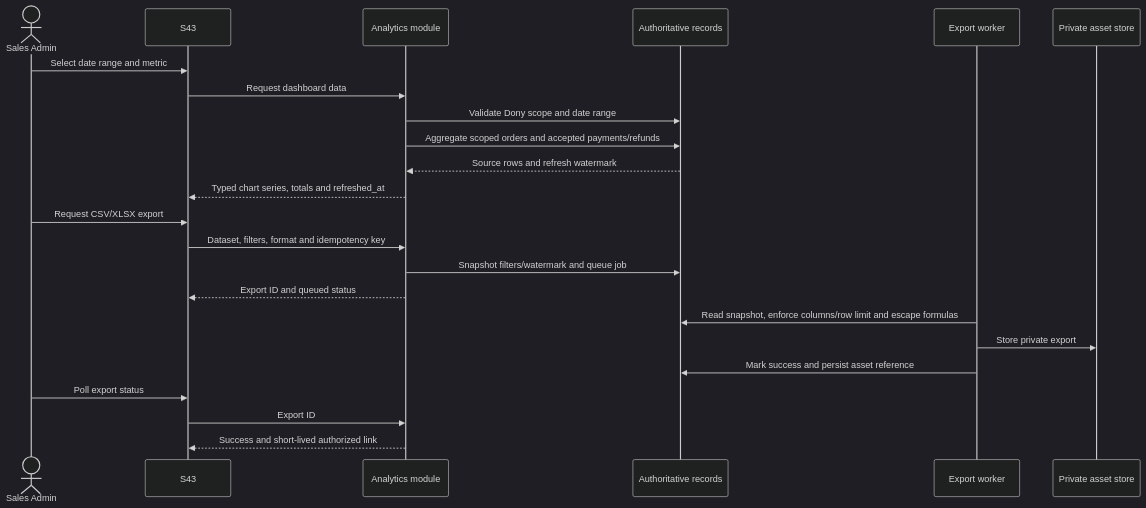
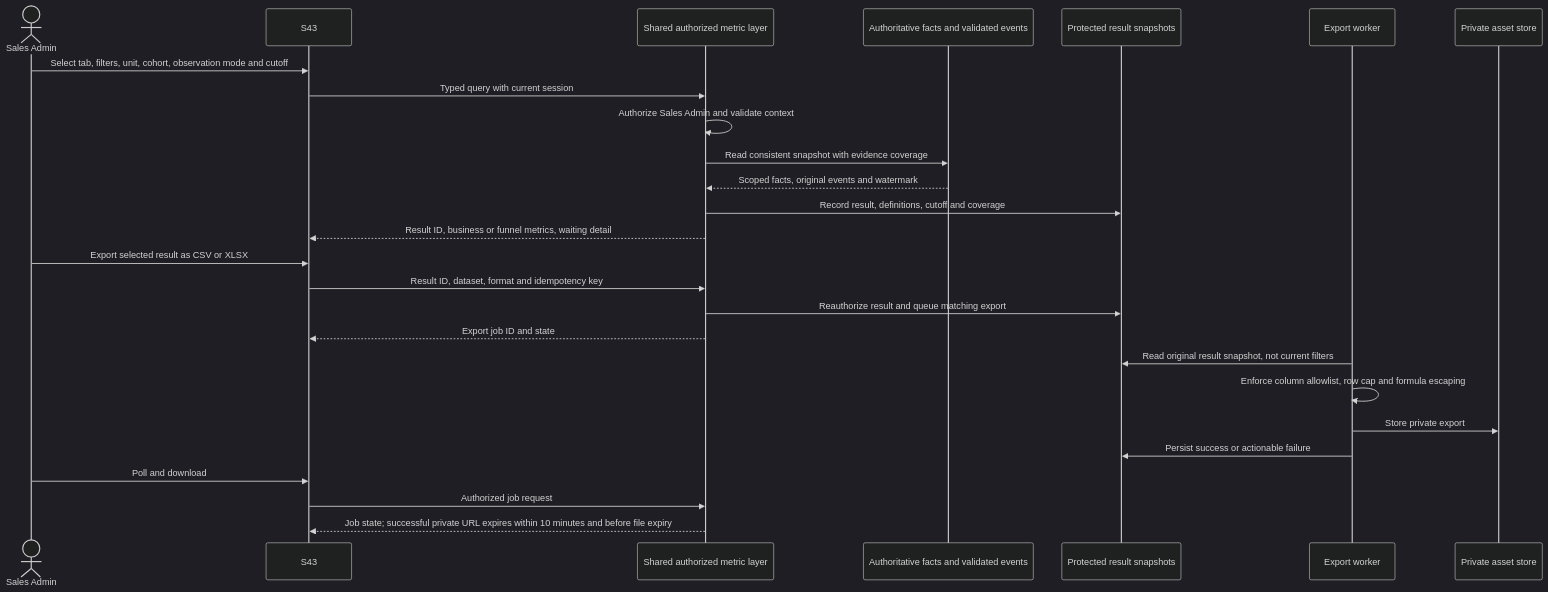
One commit to ankhanhwork/weavelink-project changed diagram 14 of 16 in docs/spec/docs/architecture/sequence.md. Above: the diagram before and after it, drawn with Mermaid (dark theme). The commit also changed other lines of this file and 23 other files, not shown here.

````diff
--- a/docs/spec/docs/architecture/sequence.md
+++ b/docs/spec/docs/architecture/sequence.md
@@ -381,25 +381,28 @@
 ```mermaid
 sequenceDiagram
-    actor CompanyAdmin as Sales Admin
-    participant AnalyticsUI as S43
-    participant AnalyticsModule as Analytics module
-    participant AuthoritativeDB as Authoritative records
-    participant ExportWorker as Export worker
-    participant PrivateAssetStore as Private asset store
-    CompanyAdmin->>AnalyticsUI: Select date range and metric
-    AnalyticsUI->>AnalyticsModule: Request dashboard data
-    AnalyticsModule->>AuthoritativeDB: Validate Dony scope and date range
-    AnalyticsModule->>AuthoritativeDB: Aggregate scoped orders and accepted payments/refunds
-    AuthoritativeDB-->>AnalyticsModule: Source rows and refresh watermark
-    AnalyticsModule-->>AnalyticsUI: Typed chart series, totals and refreshed_at
-    CompanyAdmin->>AnalyticsUI: Request CSV/XLSX export
-    AnalyticsUI->>AnalyticsModule: Dataset, filters, format and idempotency key
-    AnalyticsModule->>AuthoritativeDB: Snapshot filters/watermark and queue job
-    AnalyticsModule-->>AnalyticsUI: Export ID and queued status
-    ExportWorker->>AuthoritativeDB: Read snapshot, enforce columns/row limit and escape formulas
-    ExportWorker->>PrivateAssetStore: Store private export
-    ExportWorker->>AuthoritativeDB: Mark success and persist asset reference
-    CompanyAdmin->>AnalyticsUI: Poll export status
-    AnalyticsUI->>AnalyticsModule: Export ID
-    AnalyticsModule-->>AnalyticsUI: Success and short-lived authorized link
+    actor Admin as Sales Admin
+    participant UI as S43
+    participant Metrics as Shared authorized metric layer
+    participant DB as Authoritative facts and validated events
+    participant Results as Protected result snapshots
+    participant Worker as Export worker
+    participant Assets as Private asset store
+    Admin->>UI: Select tab, filters, unit, cohort, observation mode and cutoff
+    UI->>Metrics: Typed query with current session
+    Metrics->>Metrics: Authorize Sales Admin and validate context
+    Metrics->>DB: Read consistent snapshot with evidence coverage
+    DB-->>Metrics: Scoped facts, original events and watermark
+    Metrics->>Results: Record result, definitions, cutoff and coverage
+    Metrics-->>UI: Result ID, business or funnel metrics, waiting detail
+    Admin->>UI: Export selected result as CSV or XLSX
+    UI->>Metrics: Result ID, dataset, format and idempotency key
+    Metrics->>Results: Reauthorize result and queue matching export
+    Metrics-->>UI: Export job ID and state
+    Worker->>Results: Read original result snapshot, not current filters
+    Worker->>Worker: Enforce column allowlist, row cap and formula escaping
+    Worker->>Assets: Store private export
+    Worker->>Results: Persist success or actionable failure
+    Admin->>UI: Poll and download
+    UI->>Metrics: Authorized job request
+    Metrics-->>UI: Job state#59; successful private URL expires within 10 minutes and before file expiry
 ```
````
